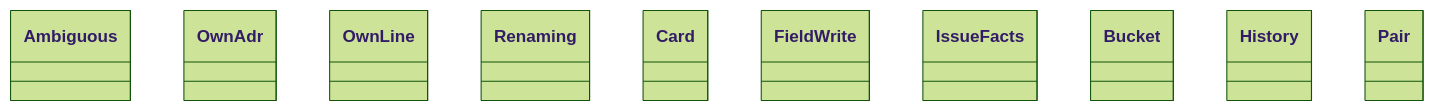
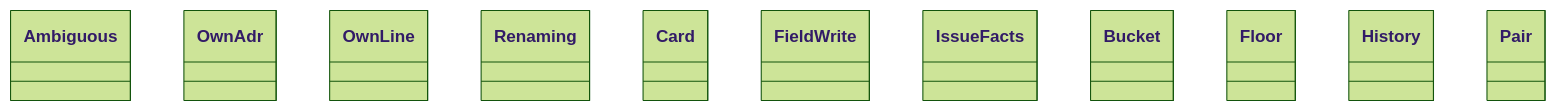
One commit to GonzaloZevallos/agentic-system changed the diagram in docs/architecture/generated/classes-process-domain-landing-1.md. Above: the diagram before and after it, drawn with Mermaid (forest theme). The commit also changed 9 other files, not shown here.

````diff
--- a/docs/architecture/generated/classes-process-domain-landing-1.md
+++ b/docs/architecture/generated/classes-process-domain-landing-1.md
@@ -23,13 +23,14 @@
 ```mermaid
 classDiagram
     class adr_numbers__Ambiguous["Ambiguous"]
     class adr_numbers__OwnAdr["OwnAdr"]
     class adr_numbers__OwnLine["OwnLine"]
     class adr_numbers__Renaming["Renaming"]
     class board__Card["Card"]
     class board__FieldWrite["FieldWrite"]
     class board__IssueFacts["IssueFacts"]
     class cost_history__Bucket["Bucket"]
+    class cost_history__Floor["Floor"]
     class cost_history__History["History"]
     class cost_history__Pair["Pair"]
 ```
````
